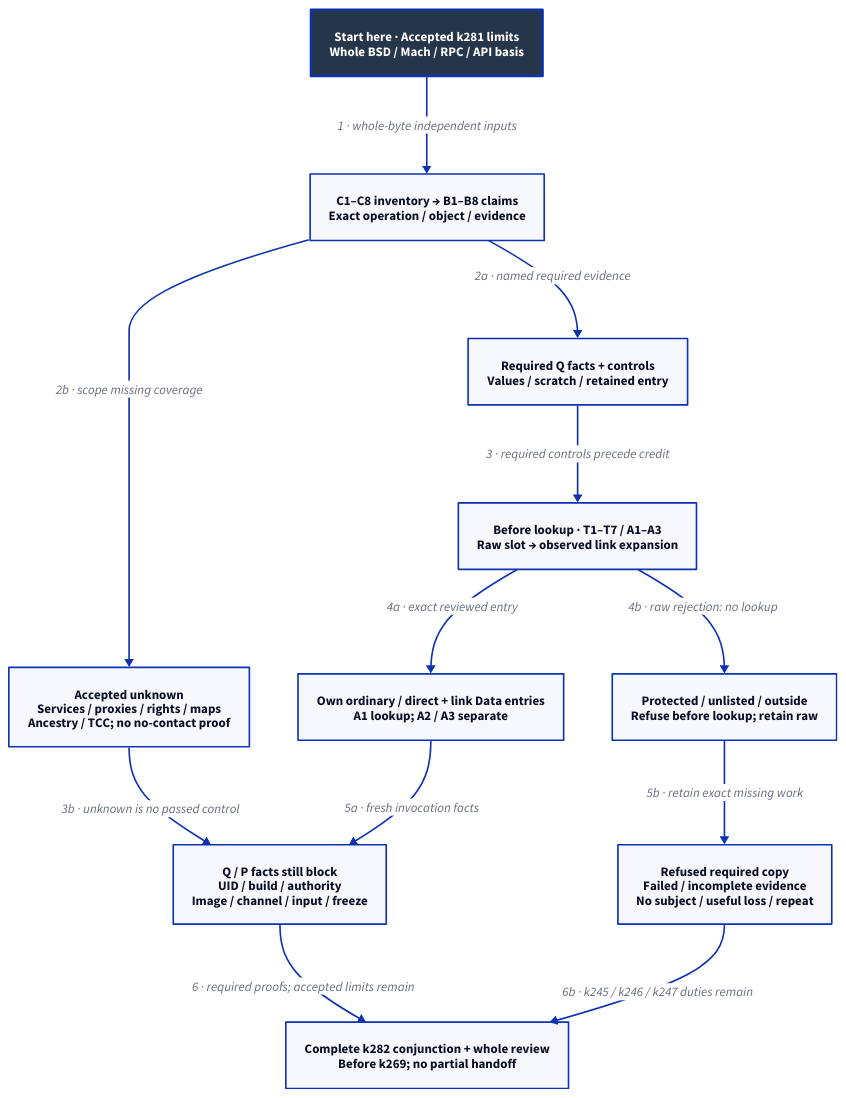
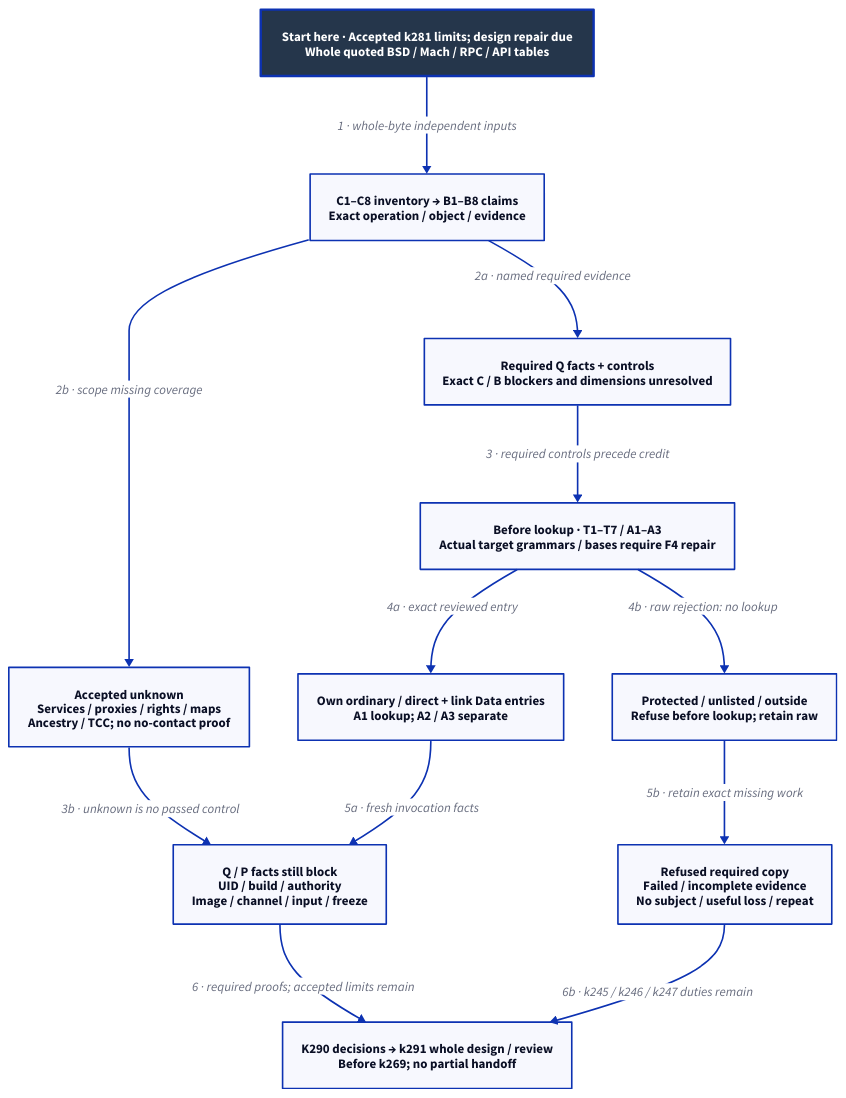
One commit to Linkuistics/Koine changed the diagram in docs/design/architecture/native-reference-contact.d2. Above: the diagram before and after it, drawn with D2. The commit also changed 51 other files, not shown here.

Commit message:
Integrate admission review and queue bounded session-authority repair (reference-evidence-admission-completion-k289)

```diff
--- a/docs/design/architecture/native-reference-contact.d2
+++ b/docs/design/architecture/native-reference-contact.d2
@@ -1,26 +1,26 @@
 # Selected bounded contact/pre-lookup design; no control or target evidence supplied.
 direction: down
 classes: {
   start: {style: {fill: "#25364B"; font-color: "#FFFFFF"; bold: true; stroke-width: 3}}
 }
-Start: "Start here · Accepted k281 limits\nWhole BSD / Mach / RPC / API basis" {class: start}
+Start: "Start here · Accepted k281 limits; design repair due\nWhole quoted BSD / Mach / RPC / API tables" {class: start}
 Claims: "C1–C8 inventory → B1–B8 claims\nExact operation / object / evidence"
-Controls: "Required Q facts + controls\nValues / scratch / retained entry"
+Controls: "Required Q facts + controls\nExact C / B blockers and dimensions unresolved"
 Unknown: "Accepted unknown\nServices / proxies / rights / maps\nAncestry / TCC; no no-contact proof"
-Policy: "Before lookup · T1–T7 / A1–A3\nRaw slot → observed link expansion"
+Policy: "Before lookup · T1–T7 / A1–A3\nActual target grammars / bases require F4 repair"
 Allowed: "Own ordinary / direct + link Data entries\nA1 lookup; A2 / A3 separate"
 Refuse: "Protected / unlisted / outside\nRefuse before lookup; retain raw"
 Gate: "Q / P facts still block\nUID / build / authority\nImage / channel / input / freeze"
 Failed: "Refused required copy\nFailed / incomplete evidence\nNo subject / useful loss / repeat"
-Whole: "Complete k282 conjunction + whole review\nBefore k269; no partial handoff"
+Whole: "K290 decisions → k291 whole design / review\nBefore k269; no partial handoff"
 Start -> Claims: "1 · whole-byte independent inputs"
 Claims -> Controls: "2a · named required evidence"
 Claims -> Unknown: "2b · scope missing coverage"
 Controls -> Policy: "3 · required controls precede credit"
 Unknown -> Gate: "3b · unknown is no passed control"
 Policy -> Allowed: "4a · exact reviewed entry"
 Policy -> Refuse: "4b · raw rejection: no lookup"
 Allowed -> Gate: "5a · fresh invocation facts"
 Refuse -> Failed: "5b · retain exact missing work"
 Gate -> Whole: "6 · required proofs; accepted limits remain"
 Failed -> Whole: "6b · k245 / k246 / k247 duties remain"
```
